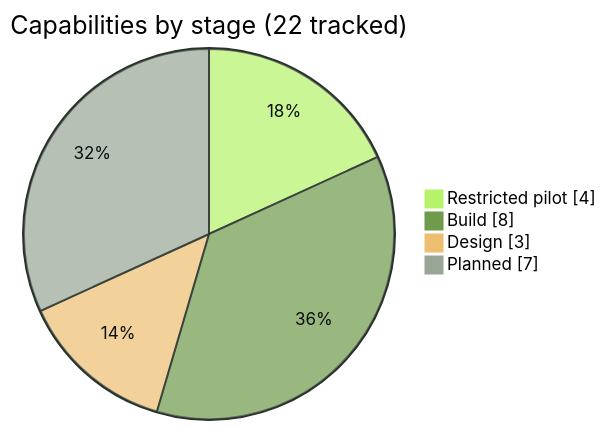
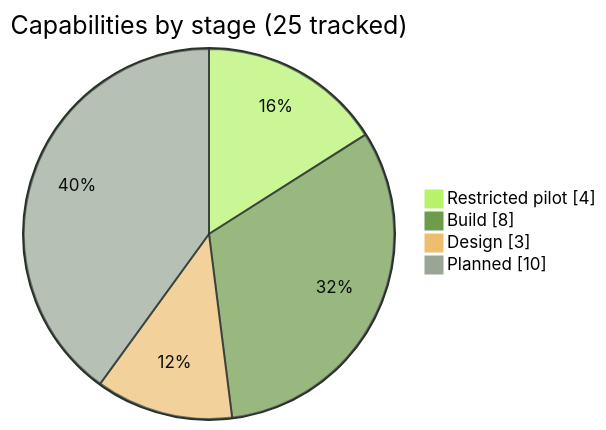
Before and after one commit to pboachie/zrotext: the first of 4 diagrams in docs/ROADMAP.md, drawn with Mermaid. The commit also changed other lines of this file and 6 other files, not shown here.

Commit message:
Add scoped agent messaging and guided setup to the roadmap

````diff
--- a/docs/ROADMAP.md
+++ b/docs/ROADMAP.md
@@ -42,9 +43,9 @@
 ```mermaid
 %%{init: {"themeVariables": {"pie1": "#b6f36a", "pie2": "#6f9b4b", "pie3": "#edbe70", "pie4": "#99a696", "pieSectionTextColor": "#0b0f0c", "pieStrokeColor": "#29332a", "pieOuterStrokeColor": "#29332a"}}}%%
 pie showData
-    title Capabilities by stage (22 tracked)
+    title Capabilities by stage (25 tracked)
     "Restricted pilot" : 4
     "Build" : 8
     "Design" : 3
-    "Planned" : 7
+    "Planned" : 10
 ```
````
